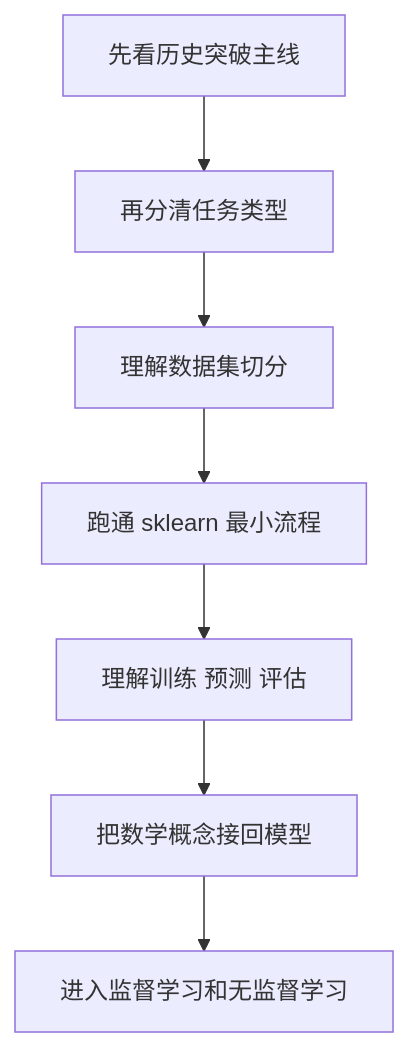
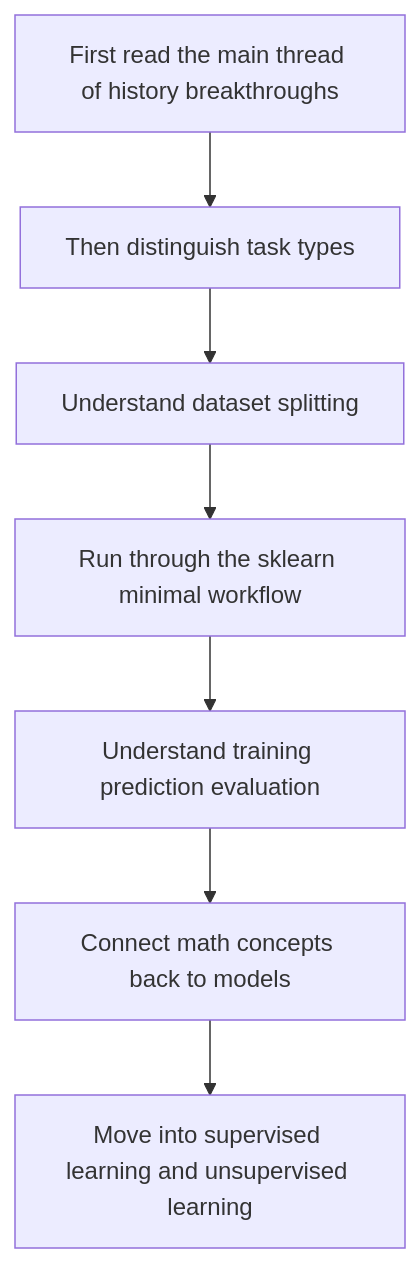
Before and after one commit to oudbiao/AI-fullstack-course: the first of 2 diagrams in docs/ch05-machine-learning/ch01-ml-basics/00-roadmap.md, drawn with Mermaid. The commit also changed other lines of this file and 1406 other files, not shown here.

````diff
--- a/docs/ch05-machine-learning/ch01-ml-basics/00-roadmap.md
+++ b/docs/ch05-machine-learning/ch01-ml-basics/00-roadmap.md
@@ -34,9 +34,9 @@
 ```mermaid
 flowchart TD
-  A[先看历史突破主线] --> B[再分清任务类型]
-  B --> C[理解数据集切分]
-  C --> D[跑通 sklearn 最小流程]
-  D --> E[理解训练 预测 评估]
-  E --> F[把数学概念接回模型]
-  F --> G[进入监督学习和无监督学习]
+  A[First read the main thread of history breakthroughs] --> B[Then distinguish task types]
+  B --> C[Understand dataset splitting]
+  C --> D[Run through the sklearn minimal workflow]
+  D --> E[Understand training prediction evaluation]
+  E --> F[Connect math concepts back to models]
+  F --> G[Move into supervised learning and unsupervised learning]
 ```
````
